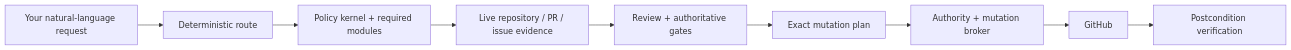
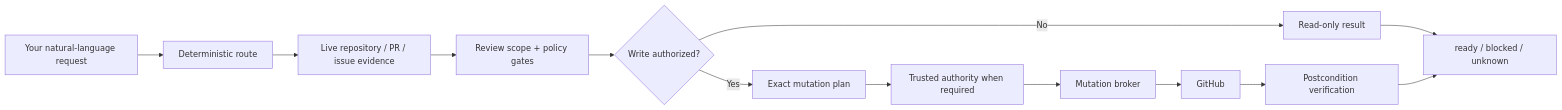
Before and after one commit to Wibias/github-delivery: the diagram in README.md, drawn with Mermaid. The commit also changed other lines of this file, not shown here.

````diff
--- a/README.md
+++ b/README.md
@@ -99,11 +113,15 @@
 ```mermaid
 flowchart LR
     A[Your natural-language request] --> B[Deterministic route]
-    B --> C[Policy kernel + required modules]
-    C --> D[Live repository / PR / issue evidence]
-    D --> E[Review + authoritative gates]
-    E --> F[Exact mutation plan]
-    F --> G[Authority + mutation broker]
-    G --> H[GitHub]
-    H --> I[Postcondition verification]
+    B --> C[Live repository / PR / issue evidence]
+    C --> D[Review scope + policy gates]
+    D --> E{Write authorized?}
+    E -- No --> F[Read-only result]
+    E -- Yes --> G[Exact mutation plan]
+    G --> H[Trusted authority when required]
+    H --> I[Mutation broker]
+    I --> J[GitHub]
+    J --> K[Postcondition verification]
+    F --> L[ready / blocked / unknown]
+    K --> L
 ```
````
